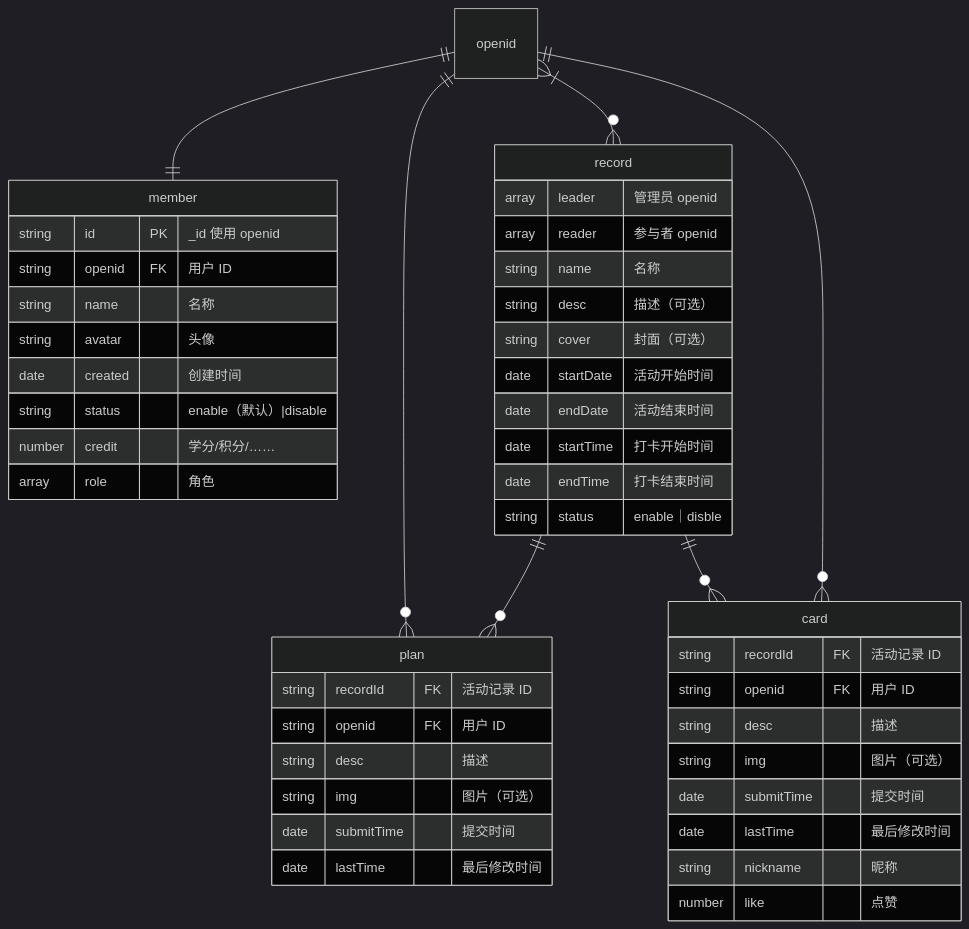
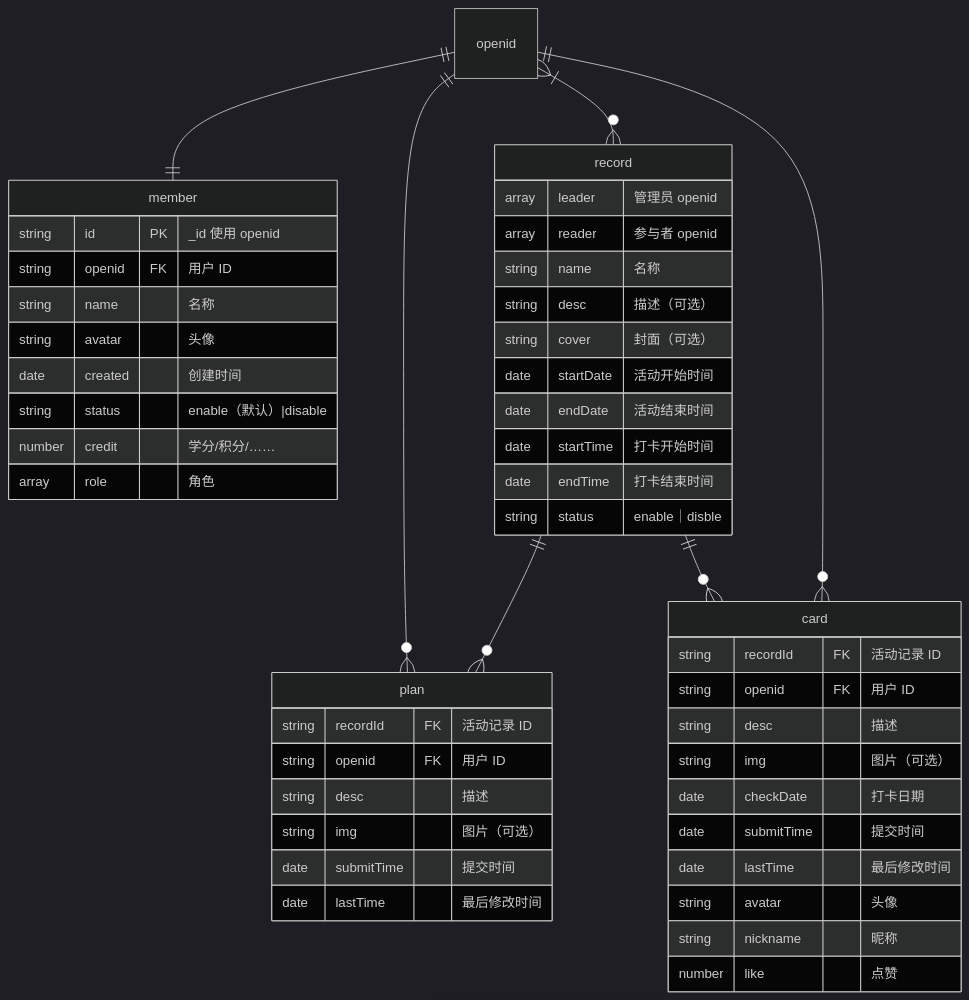
Before and after one commit to liang-n/juan-card: the diagram in doc/开发文档.md, drawn with Mermaid (dark theme). The commit also changed other lines of this file and 14 other files, not shown here.

````diff
--- a/doc/开发文档.md
+++ b/doc/开发文档.md
@@ -24,50 +24,52 @@
 ```mermaid
 erDiagram
   openid ||--|| member : ""
   openid }|--o{ record : ""
   openid ||--o{ plan : ""
   record ||--o{ plan : ""
   record ||--o{ card : ""
   openid ||--o{ card : ""
 
   member {
     string id PK "_id 使用 openid"
     string openid FK "用户 ID"
     string name "名称"
     string avatar "头像"
     date created "创建时间"
     string status "enable（默认）|disable"
     number credit "学分/积分/……"
     array role "角色"
   }
   record {
     array leader "管理员 openid"
     array reader "参与者 openid"
     string name "名称"
     string desc "描述（可选）"
     string cover "封面（可选）"
     date startDate "活动开始时间"
     date endDate "活动结束时间"
     date startTime "打卡开始时间"
     date endTime "打卡结束时间"
     string status "enable｜disble"
   }
   plan {
     string recordId FK "活动记录 ID"
     string openid FK "用户 ID"
     string desc "描述"
     string img "图片（可选）"
     date submitTime "提交时间"
     date lastTime "最后修改时间"
   }
   card {
     string recordId FK "活动记录 ID"
     string openid FK "用户 ID"
     string desc "描述"
     string img "图片（可选）"
+    date checkDate "打卡日期"
     date submitTime "提交时间"
     date lastTime "最后修改时间"
+    string avatar "头像"
     string nickname "昵称"
     number like "点赞"
   }
 ```
````
